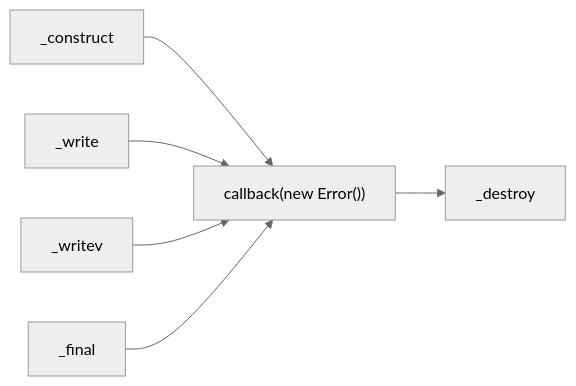
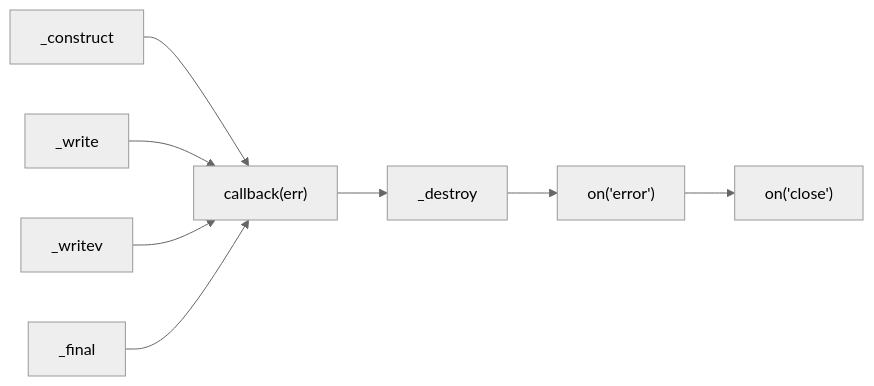
Before and after one commit to samuel871211/yusheng-tech-blog: the fourth of 5 diagrams in docs/nodejs/stream-writable.md, drawn with Mermaid (neutral theme). The commit also changed other lines of this file and 2 other files, not shown here.

````diff
--- a/docs/nodejs/stream-writable.md
+++ b/docs/nodejs/stream-writable.md
@@ -446,8 +442,10 @@
 ```mermaid
 flowchart LR
-    A[_construct] --> E["callback(new Error())"]
-    B[_write] --> E["callback(new Error())"]
-    C[_writev] --> E["callback(new Error())"]
-    D[_final] --> E["callback(new Error())"]
-    E["callback(new Error())"] --> F[_destroy]
+    A[_construct] --> E["callback(err)"]
+    B[_write] --> E
+    C[_writev] --> E
+    D[_final] --> E
+    E --> F[_destroy]
+    F --> G["on('error')"]
+    G --> H["on('close')"]
 ```
````
